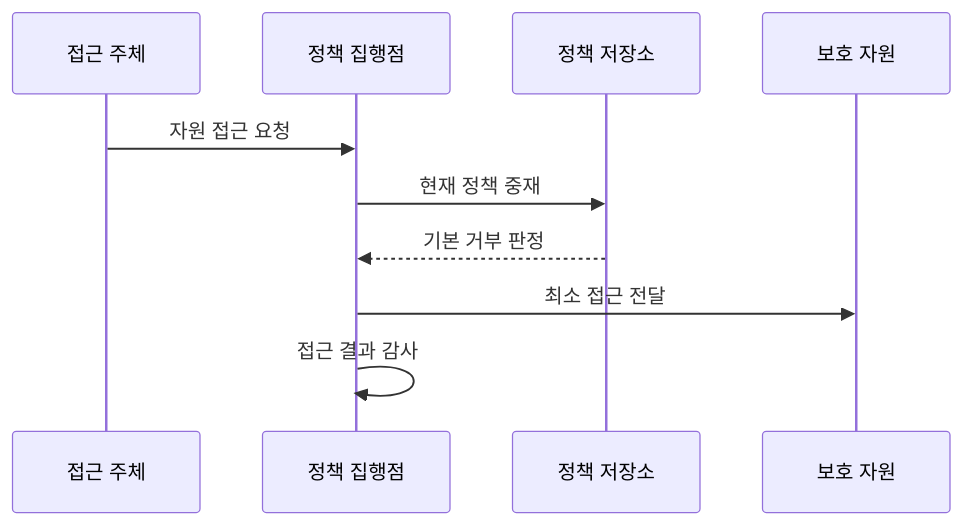
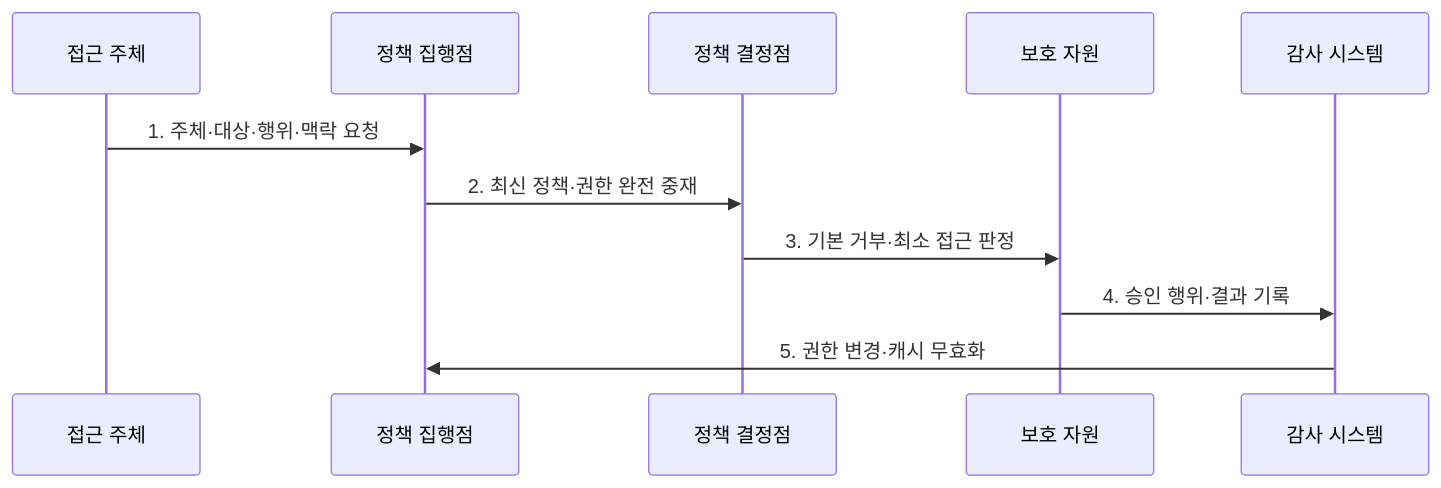
One commit to agnusdei1207/knowledge-base changed the second of 2 diagrams in src/content/docs/notes/05-security/137_security_design_principles.md. Above: the diagram before and after it, drawn with Mermaid. The commit also changed other lines of this file and 6 other files, not shown here.

````diff
--- a/src/content/docs/notes/05-security/137_security_design_principles.md
+++ b/src/content/docs/notes/05-security/137_security_design_principles.md
@@ -84,12 +81,13 @@
 ```mermaid
 sequenceDiagram
-    participant S as 접근 주체
-    participant E as 정책 집행점
-    participant P as 정책 저장소
-    participant R as 보호 자원
-    S->>E: 자원 접근 요청
-    E->>P: 현재 정책 중재
-    P-->>E: 기본 거부 판정
-    E->>R: 최소 접근 전달
-    E->>E: 접근 결과 감사
+  participant S as 접근 주체
+  participant E as 정책 집행점
+  participant P as 정책 결정점
+  participant R as 보호 자원
+  participant A as 감사 시스템
+  S->>E: 1. 주체·대상·행위·맥락 요청
+  E->>P: 2. 최신 정책·권한 완전 중재
+  P->>R: 3. 기본 거부·최소 접근 판정
+  R->>A: 4. 승인 행위·결과 기록
+  A->>E: 5. 권한 변경·캐시 무효화
 ```
````
